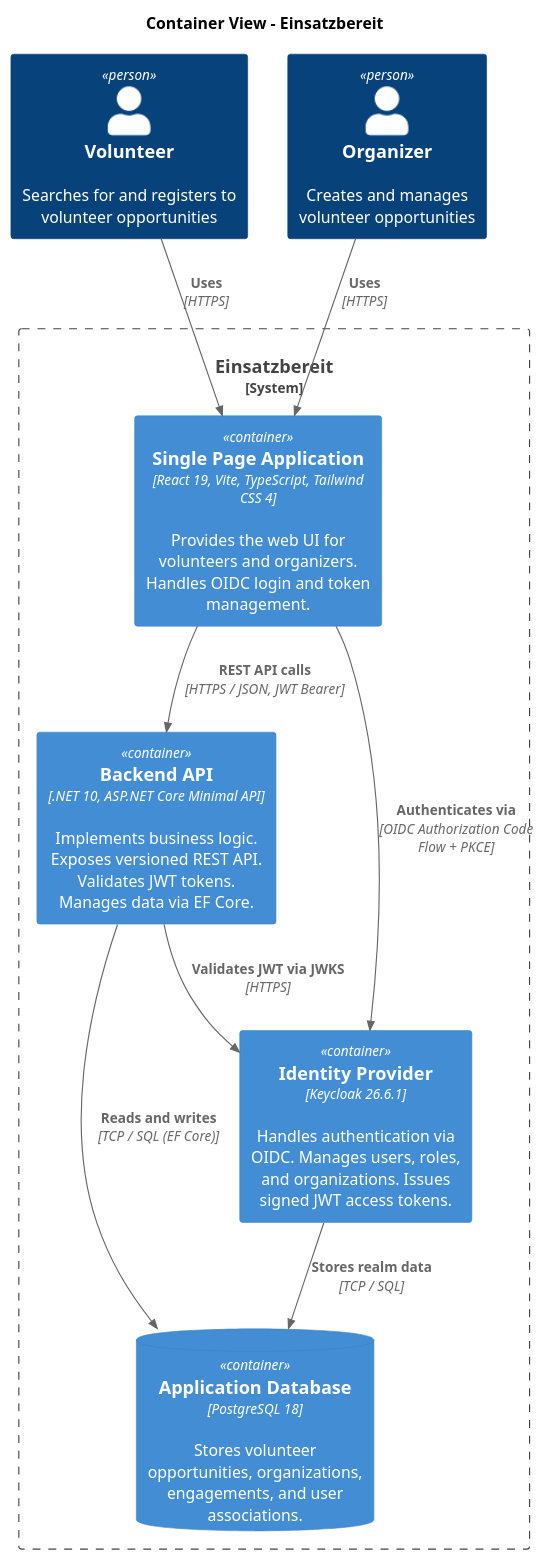
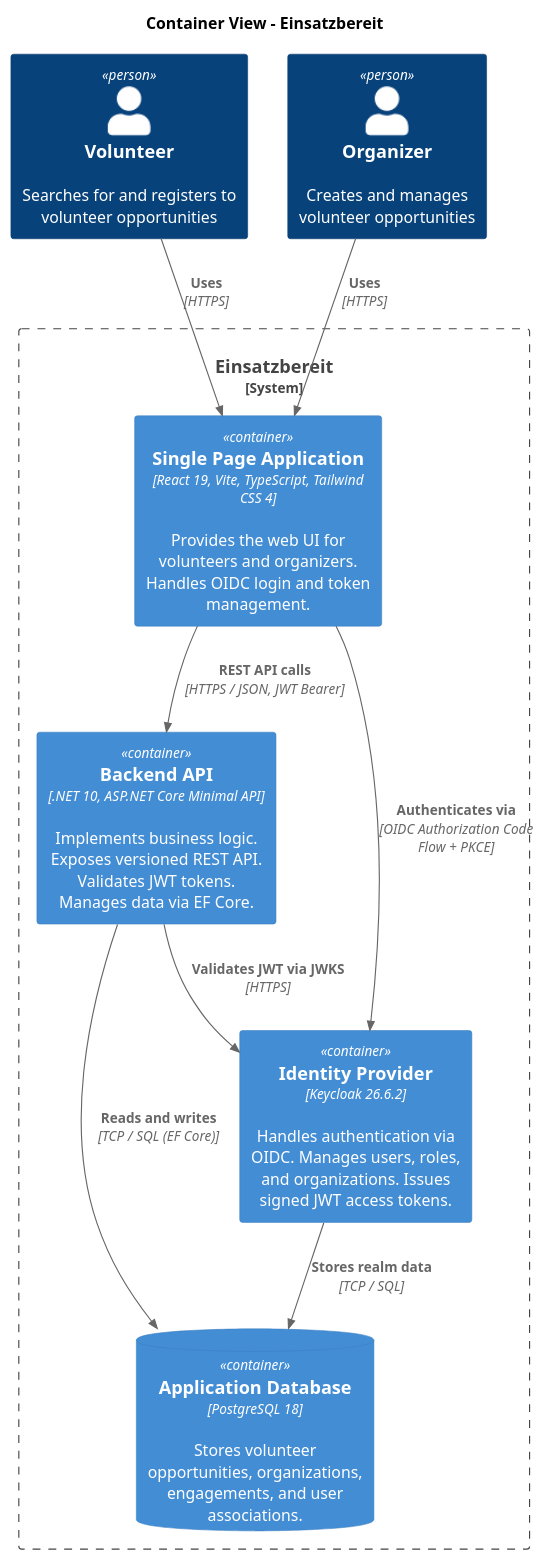
Before and after one commit to maik-hasler/einsatzbereit: the diagram in docs/Architecture/images/container-view.puml, drawn with PlantUML. The commit also changed 6 other files, not shown here.

```diff
--- a/docs/Architecture/images/container-view.puml
+++ b/docs/Architecture/images/container-view.puml
@@ -1,25 +1,25 @@
 @startuml Container View
 
 !include <C4/C4_Container>
 
 title Container View - Einsatzbereit
 
 Person(volunteer, "Volunteer", "Searches for and registers to volunteer opportunities")
 Person(organizer, "Organizer", "Creates and manages volunteer opportunities")
 
 System_Boundary(einsatzbereit, "Einsatzbereit") {
 		Container(frontend, "Single Page Application", "React 19, Vite, TypeScript, Tailwind CSS 4", "Provides the web UI for volunteers and organizers. Handles OIDC login and token management.")
 		Container(backend, "Backend API", ".NET 10, ASP.NET Core Minimal API", "Implements business logic. Exposes versioned REST API. Validates JWT tokens. Manages data via EF Core.")
 		ContainerDb(db, "Application Database", "PostgreSQL 18", "Stores volunteer opportunities, organizations, engagements, and user associations.")
-		Container(keycloak, "Identity Provider", "Keycloak 26.6.1", "Handles authentication via OIDC. Manages users, roles, and organizations. Issues signed JWT access tokens.")
+		Container(keycloak, "Identity Provider", "Keycloak 26.6.2", "Handles authentication via OIDC. Manages users, roles, and organizations. Issues signed JWT access tokens.")
 }
 
 Rel(volunteer, frontend, "Uses", "HTTPS")
 Rel(organizer, frontend, "Uses", "HTTPS")
 Rel(frontend, backend, "REST API calls", "HTTPS / JSON, JWT Bearer")
 Rel(frontend, keycloak, "Authenticates via", "OIDC Authorization Code Flow + PKCE")
 Rel(backend, db, "Reads and writes", "TCP / SQL (EF Core)")
 Rel(backend, keycloak, "Validates JWT via JWKS", "HTTPS")
 Rel(keycloak, db, "Stores realm data", "TCP / SQL")
 
 @enduml
```
